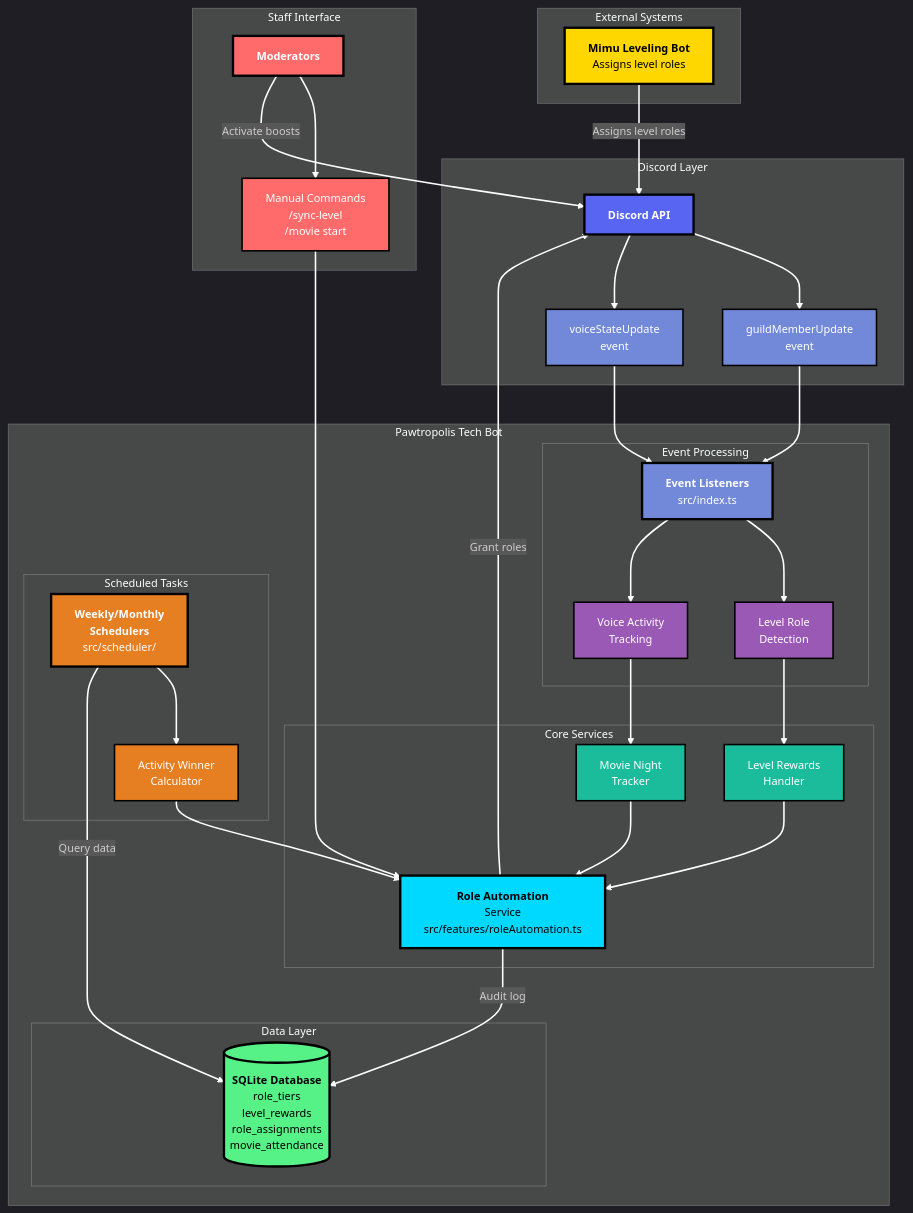
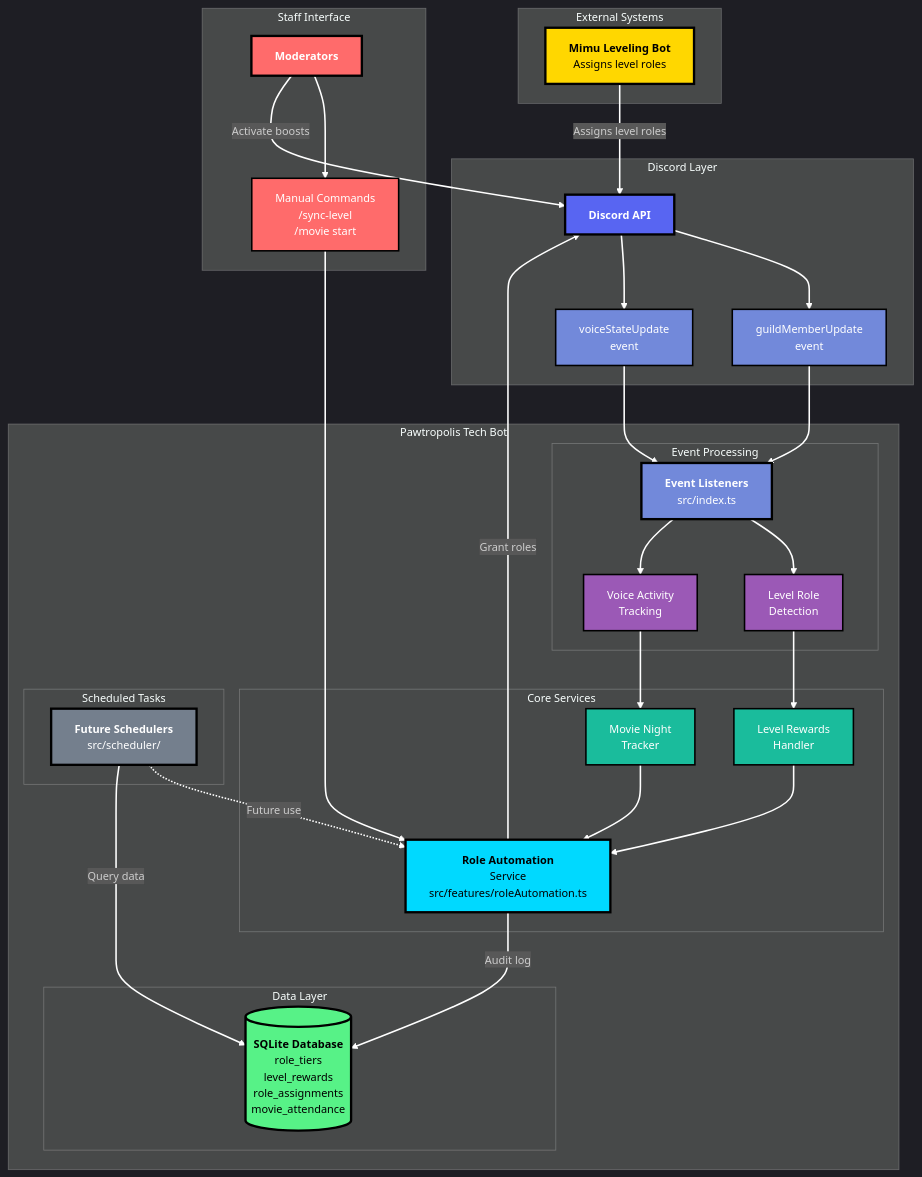
Before and after one commit to watchthelight/pawtech-v2: the first of 8 diagrams in docs/roadmap/ROLE_AUTOMATION_PLAN.md, drawn with Mermaid. The commit also changed other lines of this file, not shown here.

```diff
--- a/docs/roadmap/ROLE_AUTOMATION_PLAN.md
+++ b/docs/roadmap/ROLE_AUTOMATION_PLAN.md
@@ -49,8 +49,7 @@
         end
 
         subgraph SCHEDULED["Scheduled Tasks"]
-            SCHED["<b>Weekly/Monthly<br/>Schedulers</b><br/>src/scheduler/"]
-            ACTIVITY["Activity Winner<br/>Calculator"]
+            SCHED["<b>Future Schedulers</b><br/>src/scheduler/"]
         end
 
         subgraph DATA["Data Layer"]
@@ -78,8 +77,7 @@
     LEVEL_SVC --> ROLE_SVC
     MOVIE_SVC --> ROLE_SVC
 
-    SCHED --> ACTIVITY
-    ACTIVITY --> ROLE_SVC
+    SCHED -.->|"Future use"| ROLE_SVC
 
     ROLE_SVC -->|"Grant roles"| API
     ROLE_SVC -->|"Audit log"| DB
@@ -101,8 +99,7 @@
     style LEVEL_SVC fill:#1ABC9C,stroke:#000,stroke-width:2px,color:#fff
     style MOVIE_SVC fill:#1ABC9C,stroke:#000,stroke-width:2px,color:#fff
     style DB fill:#57F287,stroke:#000,stroke-width:3px,color:#000
-    style SCHED fill:#E67E22,stroke:#000,stroke-width:3px,color:#fff
-    style ACTIVITY fill:#E67E22,stroke:#000,stroke-width:2px,color:#fff
+    style SCHED fill:#747F8D,stroke:#000,stroke-width:3px,color:#fff
     style STAFF fill:#FF6B6B,stroke:#000,stroke-width:3px,color:#fff
     style COMMANDS fill:#FF6B6B,stroke:#000,stroke-width:2px,color:#fff
 
```
